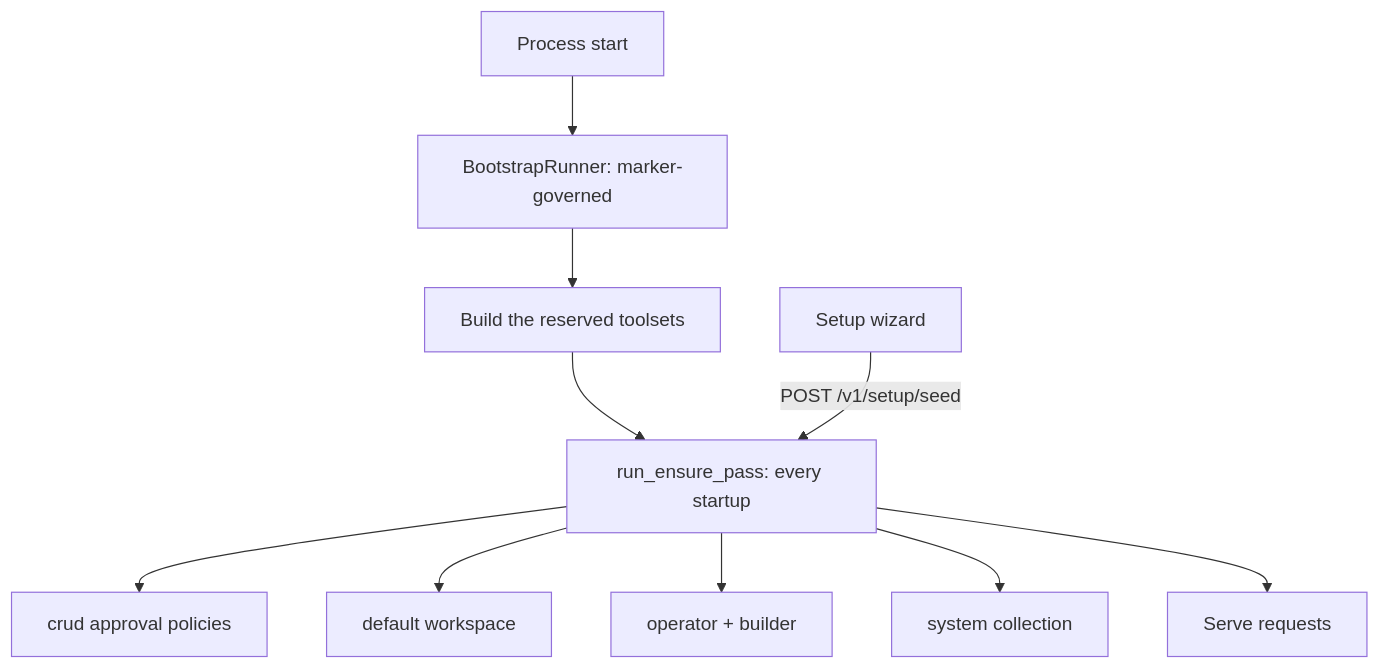
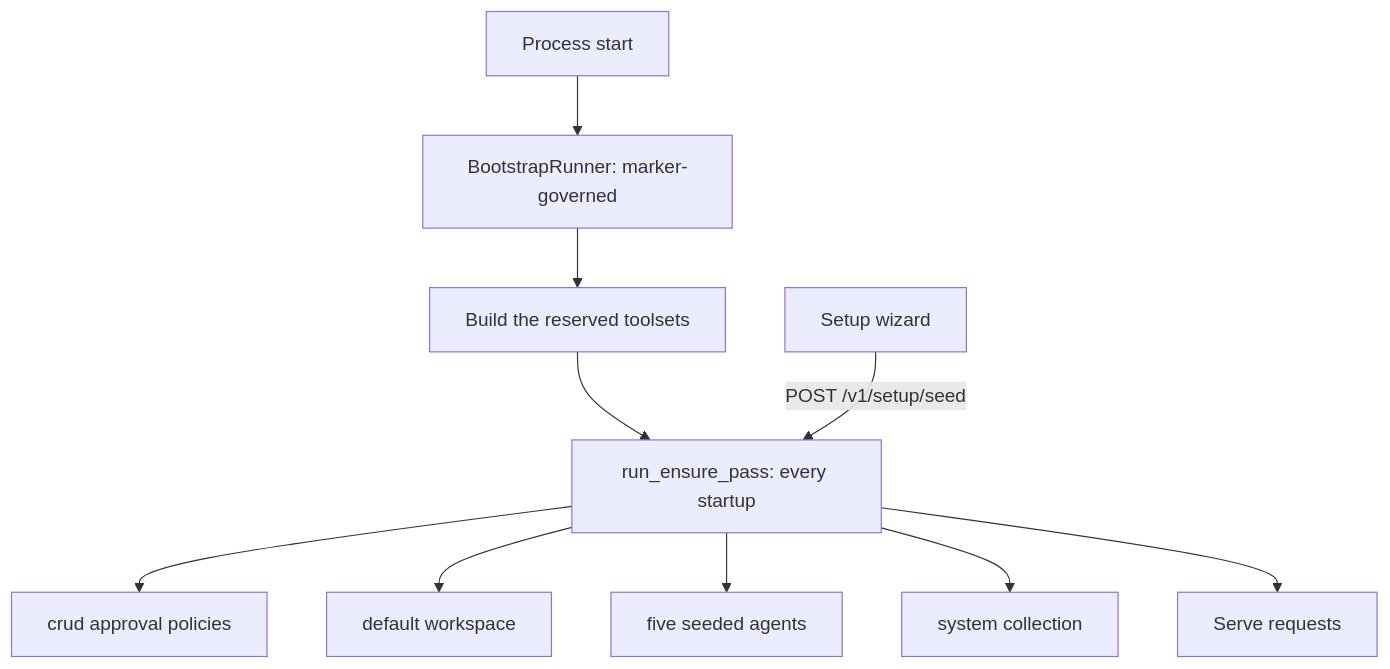
The diagram in docs/dev/subsystems/bootstrap-operator.md (primerhq/primer), drawn with Mermaid before and after one commit. The commit also changed other lines of this file and 10 other files, not shown here.

Commit message:
feat(bootstrap): move the seeded agents to the core kit through a versioned upgrade

````diff
--- a/docs/dev/subsystems/bootstrap-operator.md
+++ b/docs/dev/subsystems/bootstrap-operator.md
@@ -29,12 +29,12 @@
 ```mermaid
 flowchart TD
     Boot[Process start] --> Runner[BootstrapRunner: marker-governed]
     Runner --> Toolsets[Build the reserved toolsets]
     Toolsets --> Ensure[run_ensure_pass: every startup]
     Ensure --> Policies[crud approval policies]
     Ensure --> Workspace[default workspace]
-    Ensure --> Agents[operator + builder]
+    Ensure --> Agents[five seeded agents]
     Ensure --> Collection[system collection]
     Ensure --> Serve[Serve requests]
     Wizard[Setup wizard] -->|POST /v1/setup/seed| Ensure
 ```
````
